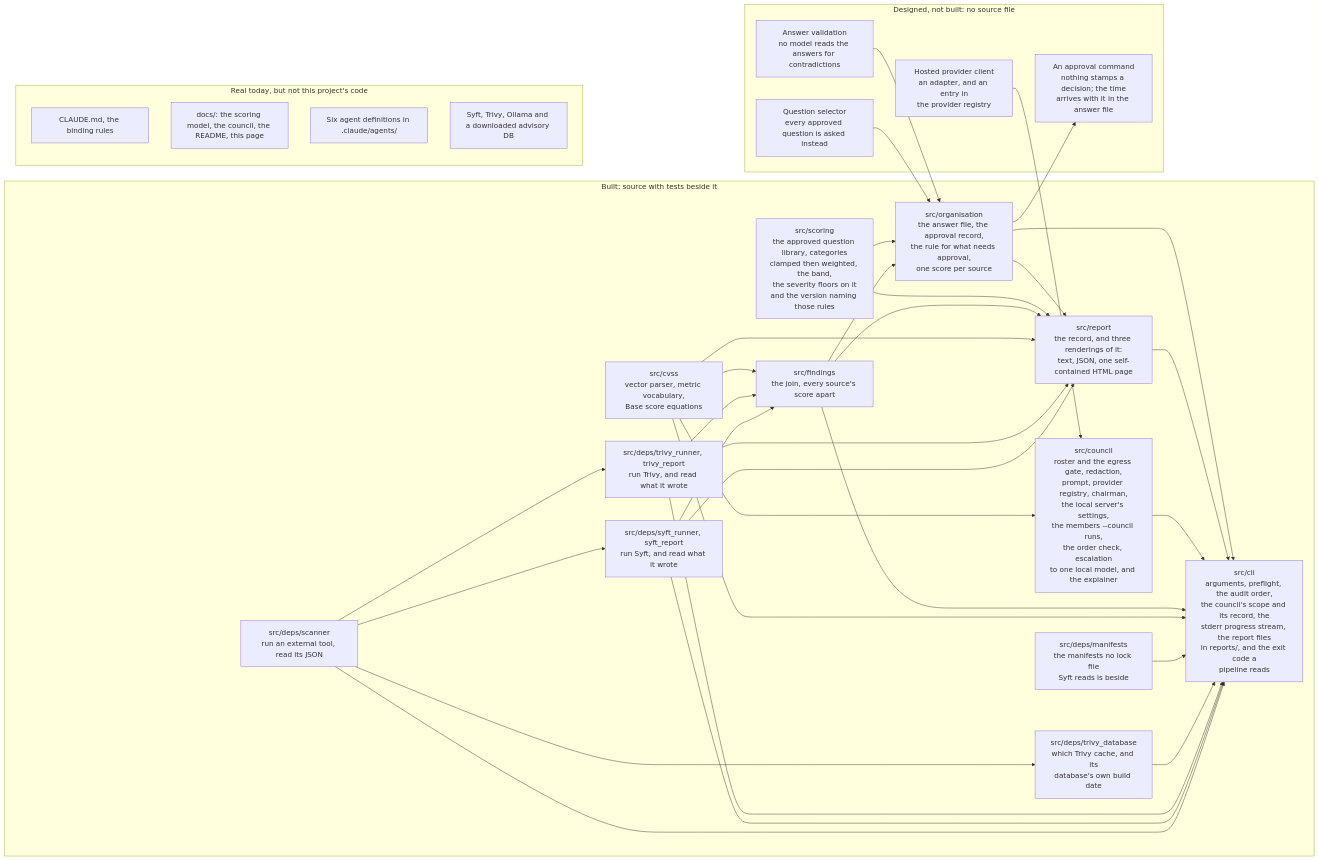
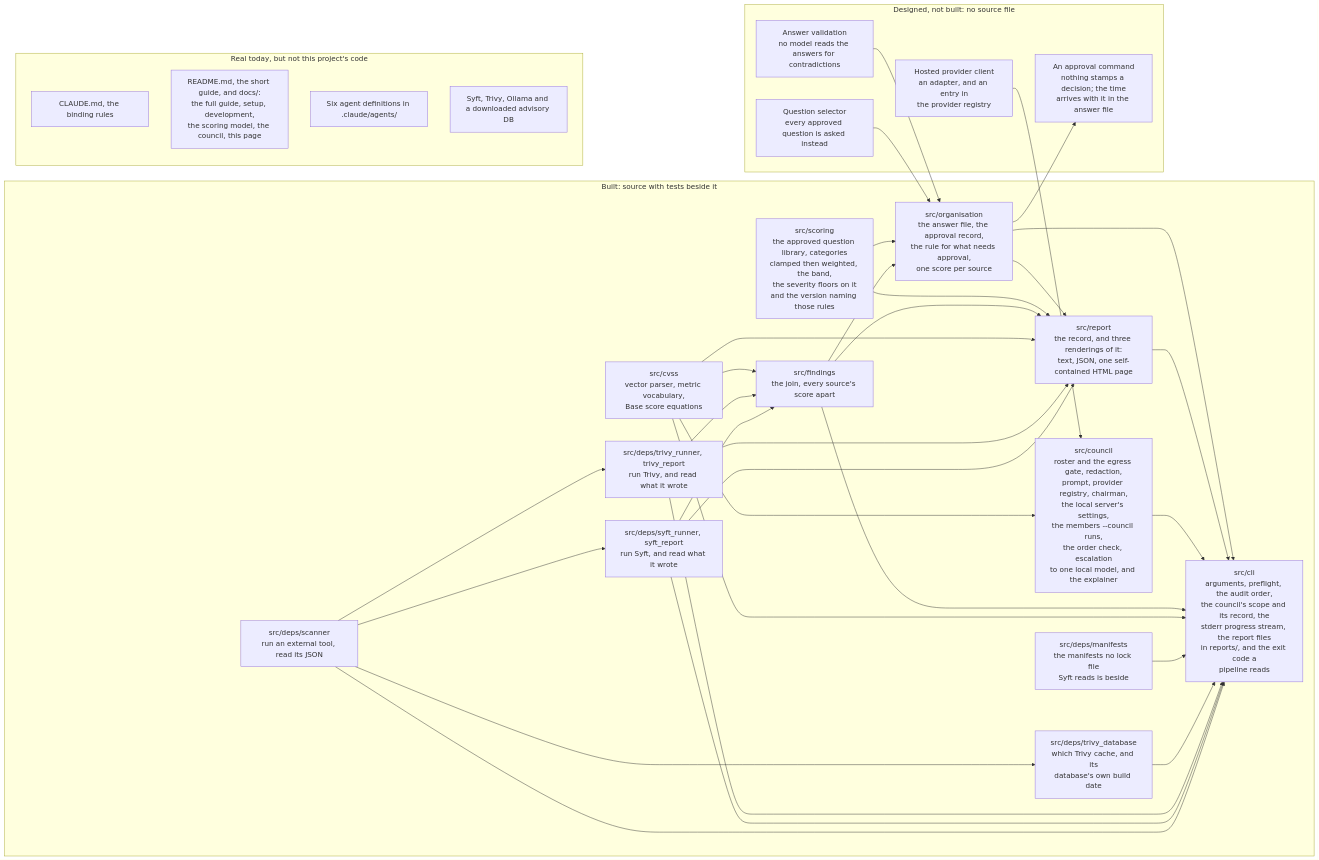
Before and after one commit to heinthtnaung/AgenticLLMAppAuditor: the fifth of 5 diagrams in docs/diagrams.md, drawn with Mermaid. The commit also changed other lines of this file and 34 other files, not shown here.

````diff
--- a/docs/diagrams.md
+++ b/docs/diagrams.md
@@ -577,61 +577,61 @@
 ```mermaid
 flowchart LR
     subgraph BUILT["Built: source with tests beside it"]
         b0["src/deps/scanner<br/>run an external tool, read its JSON"]
         b1["src/deps/syft_runner, syft_report<br/>run Syft, and read what it wrote"]
         b2["src/deps/trivy_runner, trivy_report<br/>run Trivy, and read what it wrote"]
         b3["src/deps/trivy_database<br/>which Trivy cache, and its<br/>database's own build date"]
         b11["src/deps/manifests<br/>the manifests no lock file<br/>Syft reads is beside"]
         b4["src/cvss<br/>vector parser, metric vocabulary,<br/>Base score equations"]
         b5["src/findings<br/>the join, every source's score apart"]
         b7["src/council<br/>roster and the egress gate, redaction,<br/>prompt, provider registry, chairman,<br/>the local server's settings,<br/>the members --council runs,<br/>the order check, escalation<br/>to one local model, and the explainer"]
         b8["src/report<br/>the record, and three renderings of it:<br/>text, JSON, one self-contained HTML page"]
         b9["src/cli<br/>arguments, preflight, the audit order,<br/>the council's scope and its record, the<br/>stderr progress stream, the report files<br/>in reports/, and the exit code a<br/>pipeline reads"]
         b6["src/scoring<br/>the approved question library, categories<br/>clamped then weighted, the band,<br/>the severity floors on it<br/>and the version naming those rules"]
         b10["src/organisation<br/>the answer file, the approval record,<br/>the rule for what needs approval,<br/>one score per source"]
         b0 --> b1
         b0 --> b2
         b0 --> b3
         b0 --> b9
         b1 --> b5
         b1 --> b8
         b1 --> b9
         b2 --> b5
         b2 --> b8
         b2 --> b9
         b3 --> b9
         b11 --> b9
         b4 --> b5
         b4 --> b7
         b4 --> b8
         b4 --> b9
         b5 --> b8
         b5 --> b9
         b5 --> b10
         b6 --> b8
         b6 --> b10
         b7 --> b9
         b8 --> b9
         b10 --> b8
         b10 --> b9
     end
 
     subgraph UNBUILT["Designed, not built: no source file"]
         d2["Question selector<br/>every approved question is asked instead"]
         d3["Answer validation<br/>no model reads the answers for contradictions"]
         d6["Hosted provider client<br/>an adapter, and an entry in<br/>the provider registry"]
         d12["An approval command<br/>nothing stamps a decision; the time<br/>arrives with it in the answer file"]
     end
 
     d6 --> b7
     d2 --> b10
     d3 --> b10
     b10 --> d12
 
     subgraph REAL["Real today, but not this project's code"]
         x1["CLAUDE.md, the binding rules"]
-        x2["docs/: the scoring model, the council, the README, this page"]
+        x2["README.md, the short guide, and docs/:<br/>the full guide, setup, development,<br/>the scoring model, the council, this page"]
         x3["Six agent definitions in .claude/agents/"]
         x4["Syft, Trivy, Ollama and a downloaded advisory DB"]
     end
 ```
````
